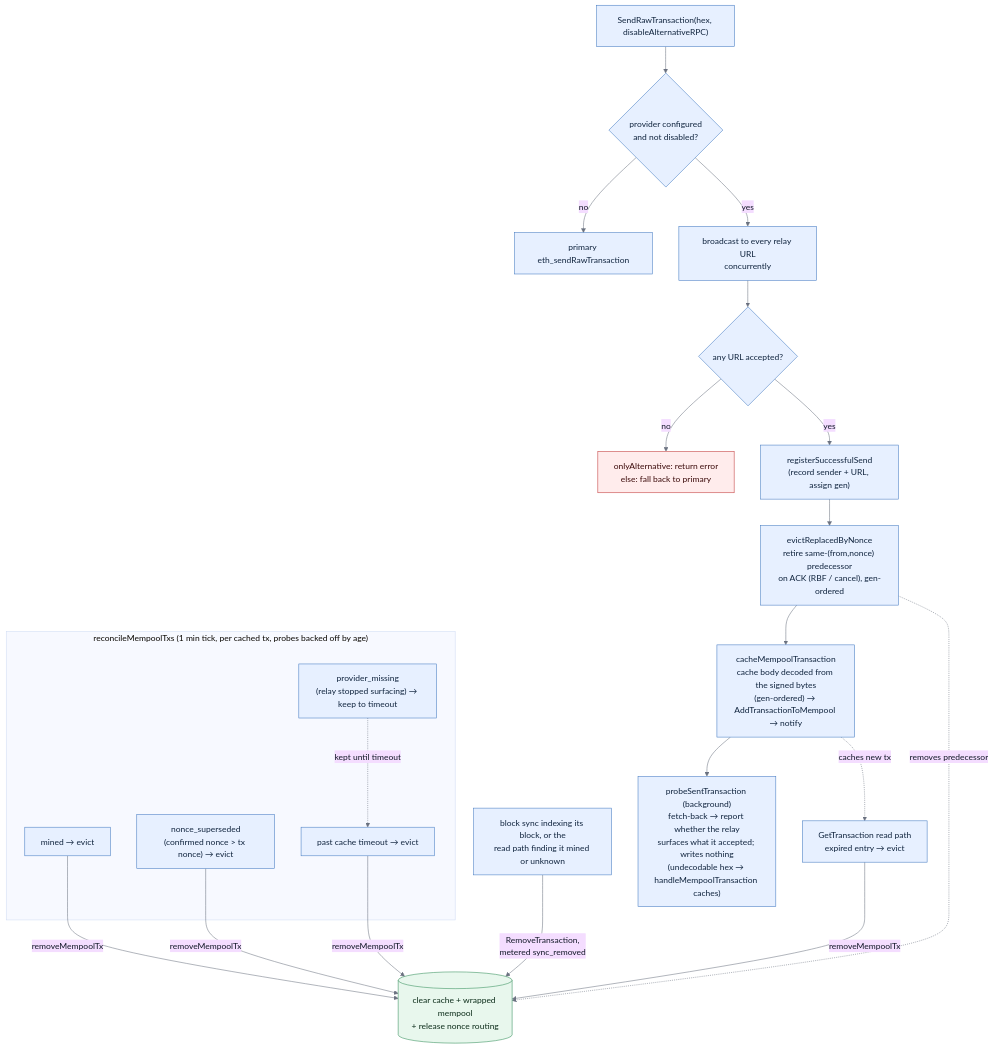
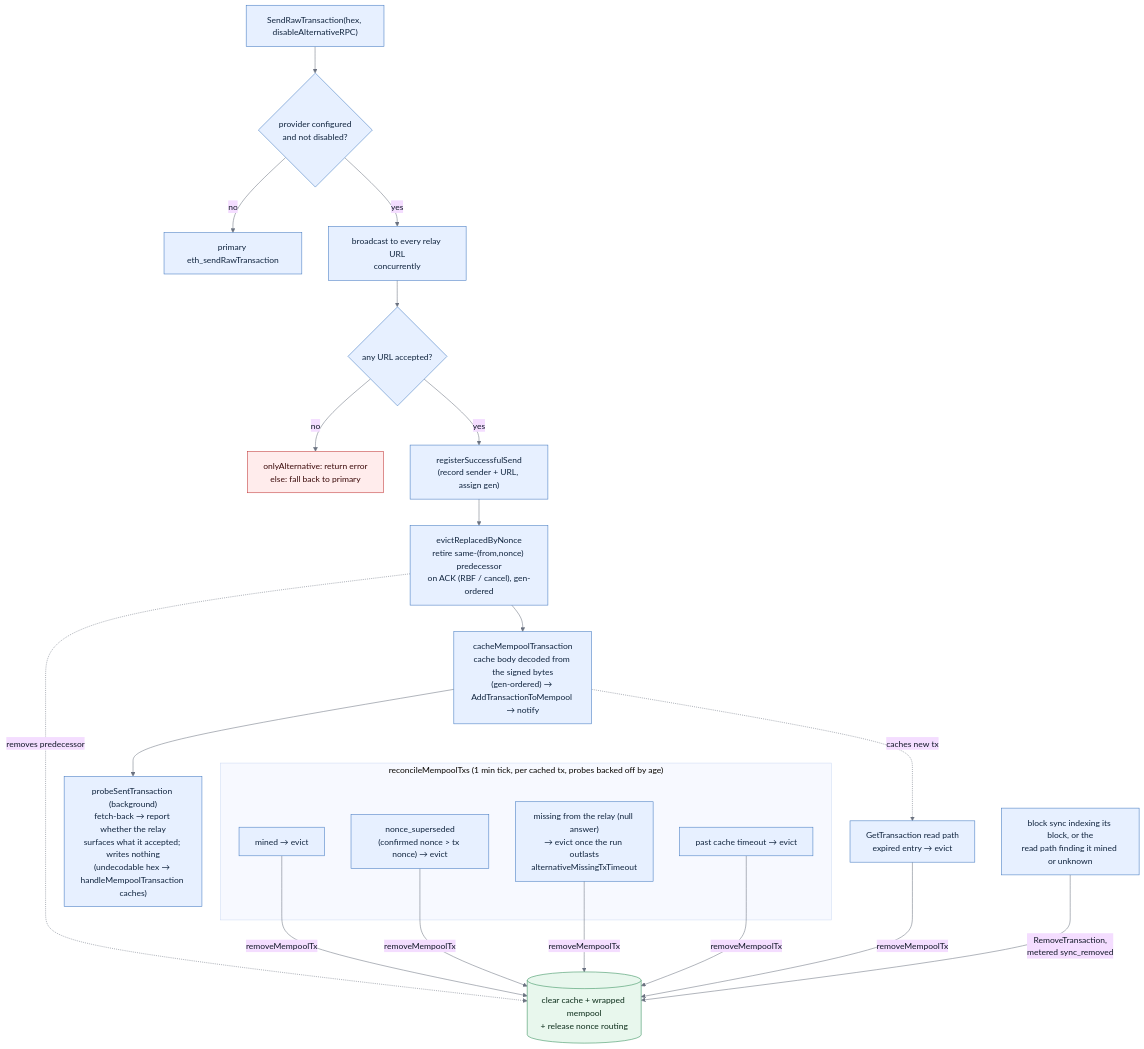
Before and after one commit to trezor/blockbook: the diagram in docs/evm-send.md, drawn with Mermaid. The commit also changed other lines of this file and 9 other files, not shown here.

````diff
--- a/docs/evm-send.md
+++ b/docs/evm-send.md
@@ -19,46 +19,46 @@
 ```mermaid
 %%{init: {"theme": "base", "themeVariables": {"lineColor": "#6b7280", "primaryTextColor": "#111827"}}}%%
 flowchart TD
     send["SendRawTransaction(hex, disableAlternativeRPC)"]
     route{"provider configured<br/>and not disabled?"}
     primary["primary eth_sendRawTransaction"]
     relay["broadcast to every relay URL<br/>concurrently"]
     acc{"any URL accepted?"}
     reject["onlyAlternative: return error<br/>else: fall back to primary"]
     reg["registerSuccessfulSend<br/>(record sender + URL, assign gen)"]
     evict["evictReplacedByNonce<br/>retire same-(from,nonce) predecessor<br/>on ACK (RBF / cancel), gen-ordered"]
     cache["cacheMempoolTransaction<br/>cache body decoded from the signed bytes<br/>(gen-ordered) → AddTransactionToMempool → notify"]
     handle["probeSentTransaction (background)<br/>fetch-back → report whether the relay<br/>surfaces what it accepted; writes nothing<br/>(undecodable hex → handleMempoolTransaction caches)"]
 
     subgraph rec ["reconcileMempoolTxs (1 min tick, per cached tx, probes backed off by age)"]
         mined["mined → evict"]
         super["nonce_superseded<br/>(confirmed nonce > tx nonce) → evict"]
-        miss["provider_missing<br/>(relay stopped surfacing) → keep to timeout"]
+        miss["missing from the relay (null answer)<br/>→ evict once the run outlasts<br/>alternativeMissingTxTimeout"]
         to["past cache timeout → evict"]
     end
 
     readpath["GetTransaction read path<br/>expired entry → evict"]
     syncrm["block sync indexing its block, or the<br/>read path finding it mined or unknown"]
     remove[("clear cache + wrapped mempool<br/>+ release nonce routing")]
 
     send --> route
     route -- "no" --> primary
     route -- "yes" --> relay --> acc
     acc -- "no" --> reject
     acc -- "yes" --> reg --> evict --> cache --> handle
     evict -. removes predecessor .-> remove
     cache -. caches new tx .-> readpath
     mined -- "removeMempoolTx" --> remove
     super -- "removeMempoolTx" --> remove
-    miss -. "kept until timeout" .-> to
+    miss -- "removeMempoolTx" --> remove
     to -- "removeMempoolTx" --> remove
     readpath -- "removeMempoolTx" --> remove
     syncrm -- "RemoveTransaction,<br/>metered sync_removed" --> remove
 
     classDef normal fill:#e7f0ff,stroke:#4078c0,color:#10243e;
     classDef store fill:#e8f7ed,stroke:#2e8b57,color:#0b2c19;
     classDef error fill:#ffecec,stroke:#c03535,color:#3b0a0a;
     class send,route,relay,acc,reg,evict,cache,handle,mined,super,miss,to,readpath,syncrm,primary normal;
     class remove store;
     class reject error;
 ```
````
